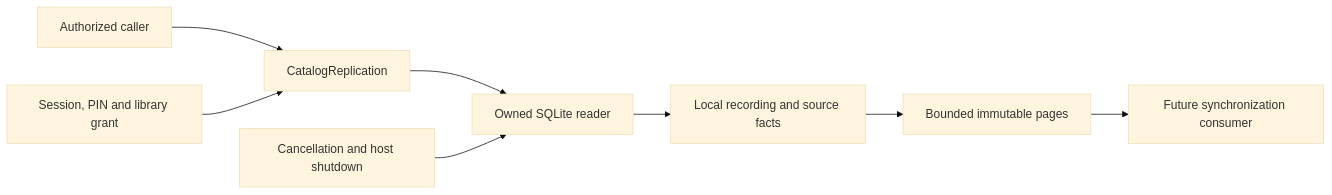
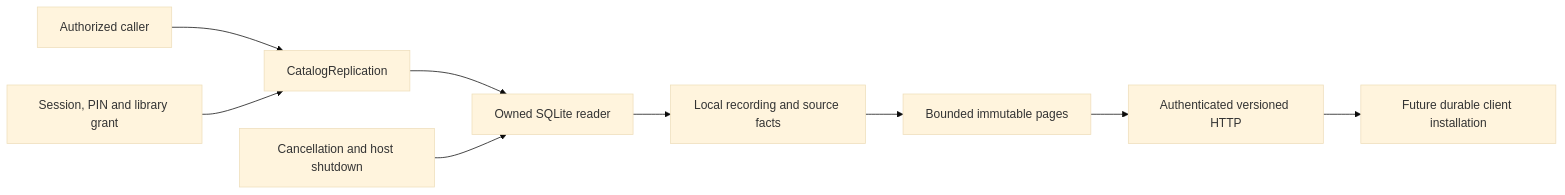
Before and after one commit to acidiney/hitoapp: the diagram in docs/catalog-replication.md, drawn with Mermaid (base theme). The commit also changed other lines of this file and 2 other files, not shown here.

````diff
--- a/docs/catalog-replication.md
+++ b/docs/catalog-replication.md
@@ -9,10 +9,11 @@
 ```mermaid
 flowchart LR
     Caller[Authorized caller] --> Capability[CatalogReplication]
     Capability --> Reader[Owned SQLite reader]
     Reader --> Facts[Local recording and source facts]
     Facts --> Pages[Bounded immutable pages]
-    Pages --> Consumer[Future synchronization consumer]
+    Pages --> HTTP[Authenticated versioned HTTP]
+    HTTP --> Consumer[Future durable client installation]
     Authority[Session, PIN and library grant] --> Capability
     Stop[Cancellation and host shutdown] --> Reader
 ```
````
